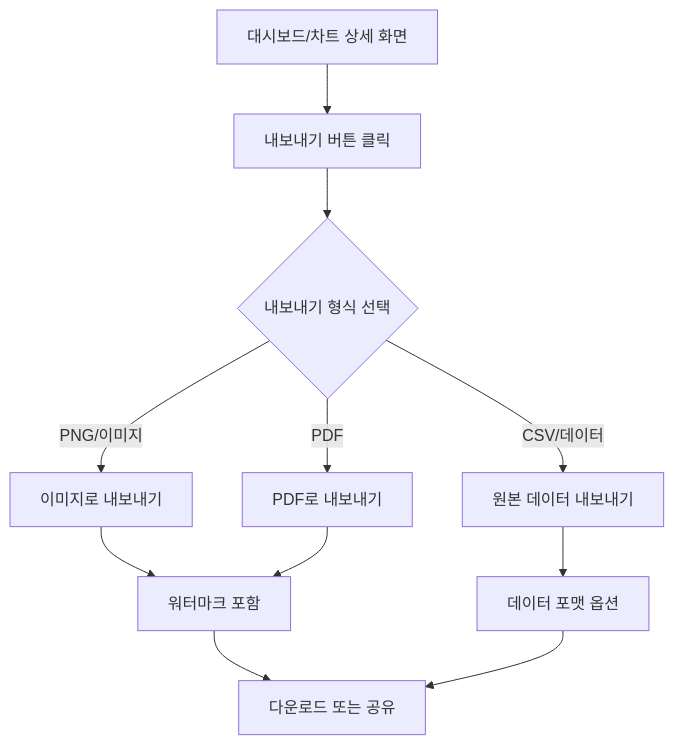
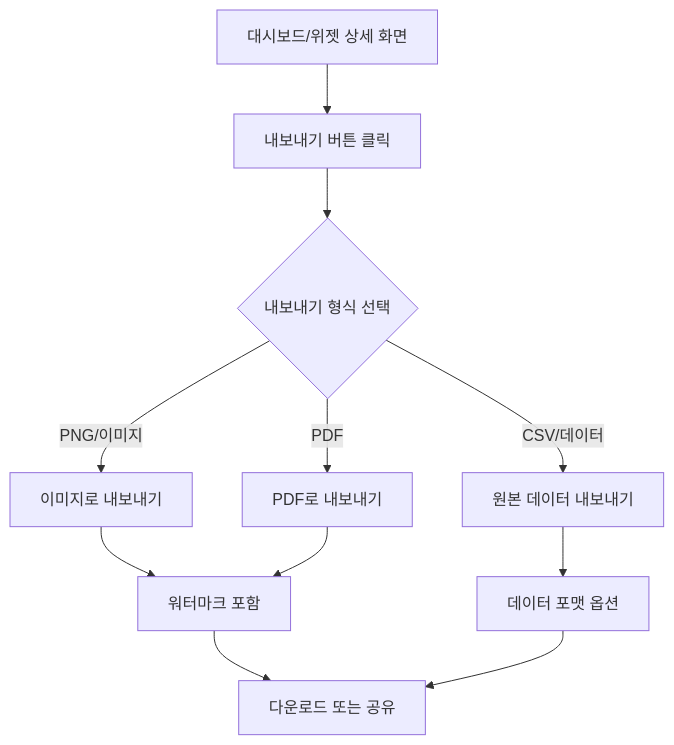
One commit to Seungwoo321/etorch-docs changed diagram 14 of 20 in ui-design/user-flows.md. Above: the diagram before and after it, drawn with Mermaid. The commit also changed other lines of this file, not shown here.

````diff
--- a/ui-design/user-flows.md
+++ b/ui-design/user-flows.md
@@ -650,15 +650,15 @@
 ```mermaid
 flowchart TD
-    A[대시보드/차트 상세 화면] --> B[내보내기 버튼 클릭]
+    A[대시보드/위젯 상세 화면] --> B[내보내기 버튼 클릭]
     B --> C{내보내기 형식 선택}
     C -->|PNG/이미지| D[이미지로 내보내기]
     C -->|PDF| E[PDF로 내보내기]
     C -->|CSV/데이터| F[원본 데이터 내보내기]
     
     D --> G[워터마크 포함]
     E --> G
     F --> H[데이터 포맷 옵션]
     
     G --> I[다운로드 또는 공유]
     H --> I
 ```
````
